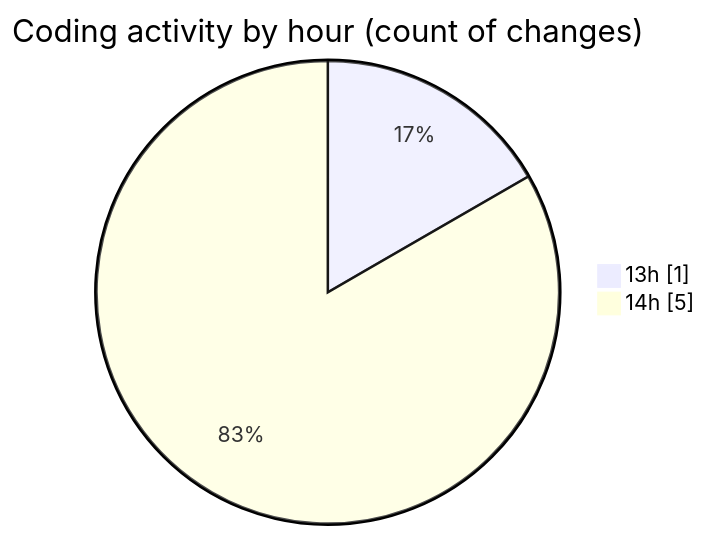
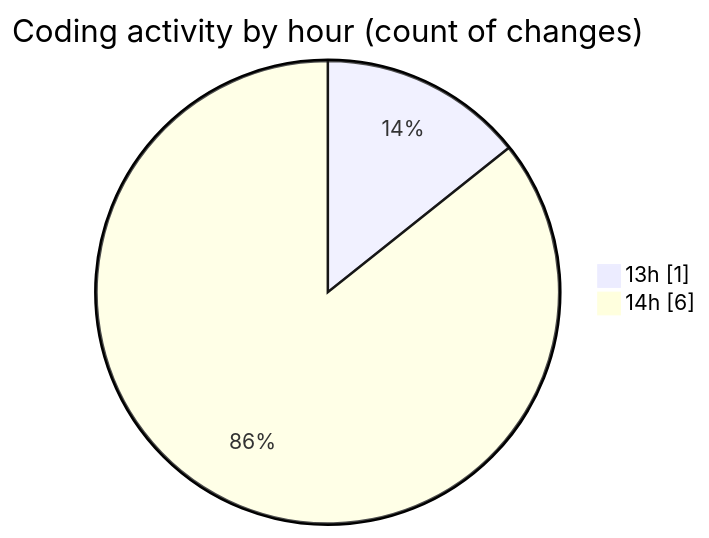
The second of 2 diagrams in 2025-01-08/maps_clone/README.md (donsfak/code-tracking), drawn with Mermaid before and after one commit. The commit also changed other lines of this file and 1 other file, not shown here.

````diff
--- a/2025-01-08/maps_clone/README.md
+++ b/2025-01-08/maps_clone/README.md
@@ -28,6 +28,6 @@
 ```mermaid
 pie showData
 title Coding activity by hour (count of changes)
 "13h" : 1
-"14h" : 5
+"14h" : 6
 ```
````
